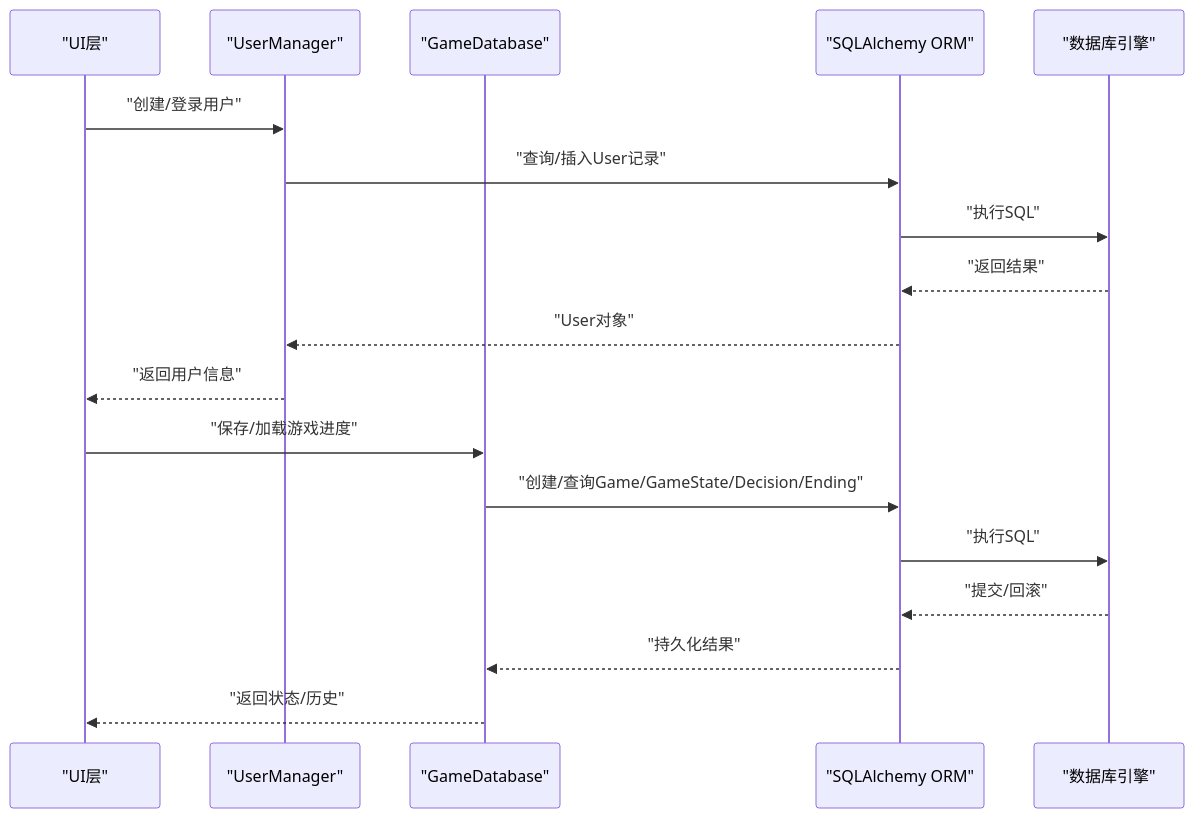
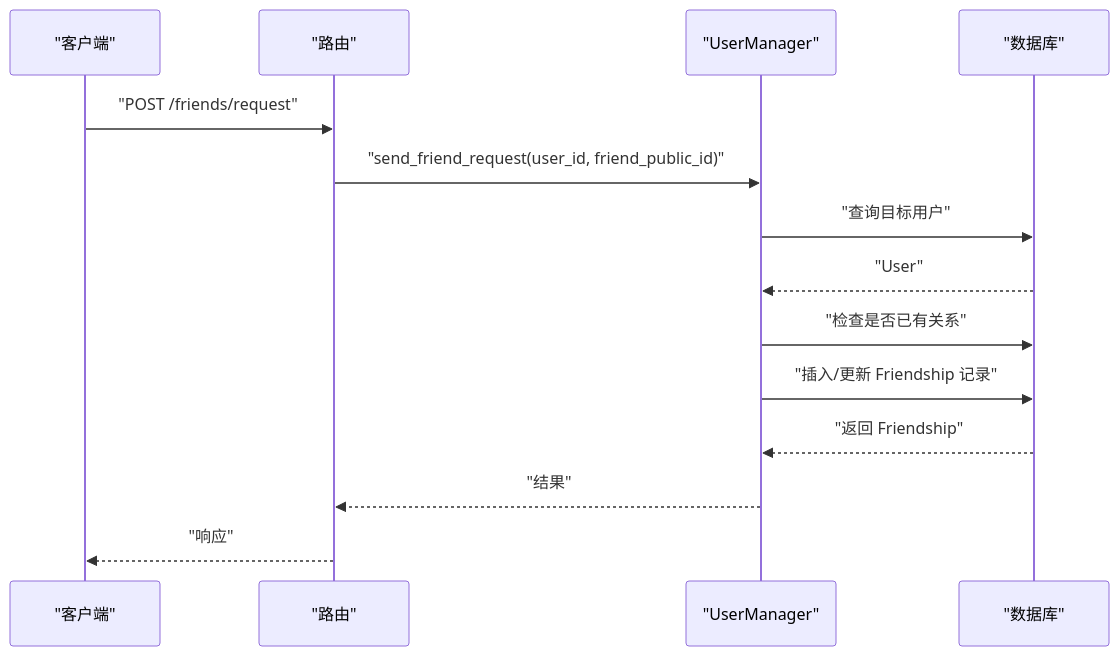
Before and after one commit to cc-chen-tech/LifeDraft: the third of 8 diagrams in .qoder/repowiki/zh/content/数据库设计.md, drawn with Mermaid. The commit also changed other lines of this file and 194 other files, not shown here.

````diff
--- a/.qoder/repowiki/zh/content/数据库设计.md
+++ b/.qoder/repowiki/zh/content/数据库设计.md
@@ -91,20 +260,16 @@
 ```mermaid
 sequenceDiagram
-participant UI as "UI层"
+participant C as "客户端"
+participant API as "路由"
 participant UM as "UserManager"
-participant DB as "GameDatabase"
-participant ORM as "SQLAlchemy ORM"
-participant Engine as "数据库引擎"
-UI->>UM : "创建/登录用户"
-UM->>ORM : "查询/插入User记录"
-ORM->>Engine : "执行SQL"
-Engine-->>ORM : "返回结果"
-ORM-->>UM : "User对象"
-UM-->>UI : "返回用户信息"
-UI->>DB : "保存/加载游戏进度"
-DB->>ORM : "创建/查询Game/GameState/Decision/Ending"
-ORM->>Engine : "执行SQL"
-Engine-->>ORM : "提交/回滚"
-ORM-->>DB : "持久化结果"
-DB-->>UI : "返回状态/历史"
+participant DB as "数据库"
+C->>API : "POST /friends/request"
+API->>UM : "send_friend_request(user_id, friend_public_id)"
+UM->>DB : "查询目标用户"
+DB-->>UM : "User"
+UM->>DB : "检查是否已有关系"
+UM->>DB : "插入/更新 Friendship 记录"
+DB-->>UM : "返回 Friendship"
+UM-->>API : "结果"
+API-->>C : "响应"
 ```
````
